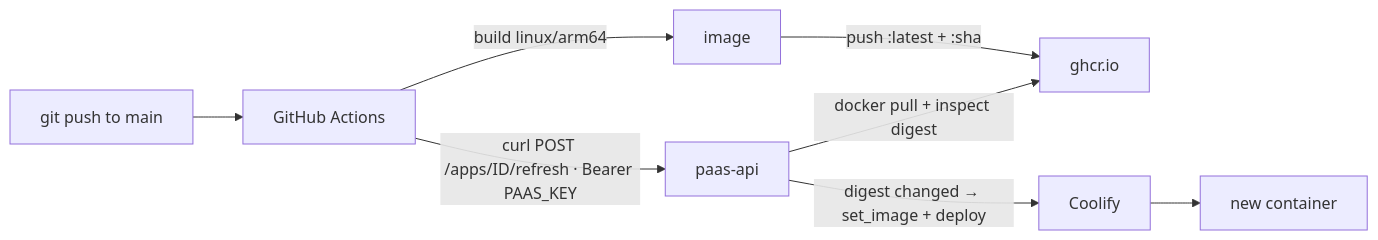
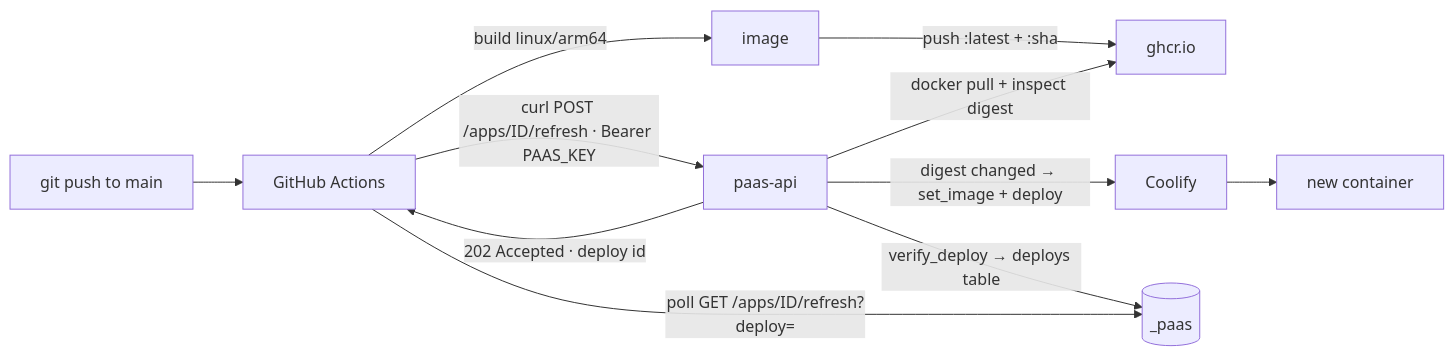
The second of 2 diagrams in ARCHITECTURE.md (bogdanripa/pironman), drawn with Mermaid before and after one commit. The commit also changed other lines of this file and 11 other files, not shown here.

````diff
--- a/ARCHITECTURE.md
+++ b/ARCHITECTURE.md
@@ -424,10 +424,13 @@
 ```mermaid
 flowchart LR
     DEV[git push to main] --> GH[GitHub Actions]
     GH -->|build linux/arm64| IMG[image]
     IMG -->|push :latest + :sha| GHCR[ghcr.io]
     GH -->|curl POST /apps/ID/refresh · Bearer PAAS_KEY| API[paas-api]
+    API -->|202 Accepted · deploy id| GH
     API -->|docker pull + inspect digest| GHCR
     API -->|digest changed → set_image + deploy| CO[Coolify]
     CO --> APP[new container]
+    API -->|verify_deploy → deploys table| DB[(_paas)]
+    GH -->|poll GET /apps/ID/refresh?deploy=| DB
 ```
````
